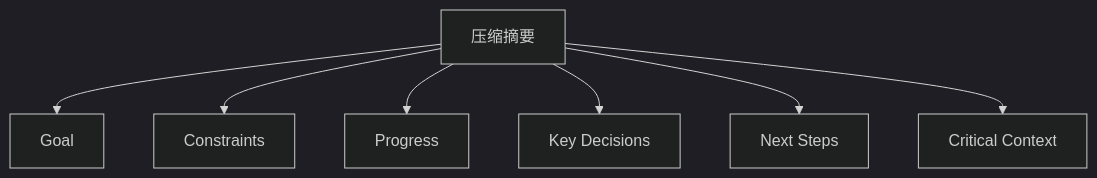
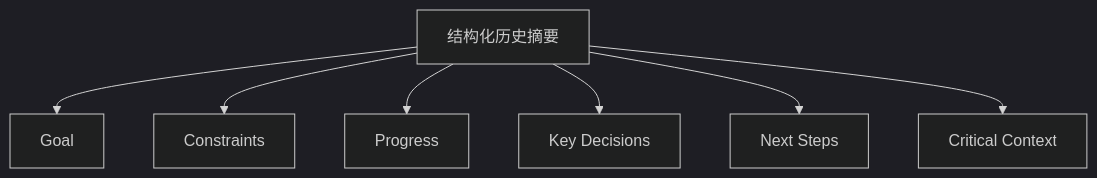
One commit to cofly-io/xClaw changed the ninth of 9 diagrams in docs/context.zh.md. Above: the diagram before and after it, drawn with Mermaid (dark theme). The commit also changed other lines of this file and 226 other files, not shown here.

````diff
--- a/docs/context.zh.md
+++ b/docs/context.zh.md
@@ -182,9 +242,9 @@
 ```mermaid
 graph TB
-    A[压缩摘要] --> B[Goal]
+    A[结构化历史摘要] --> B[Goal]
     A --> C[Constraints]
     A --> D[Progress]
     A --> E[Key Decisions]
     A --> F[Next Steps]
     A --> G[Critical Context]
 ```
````
